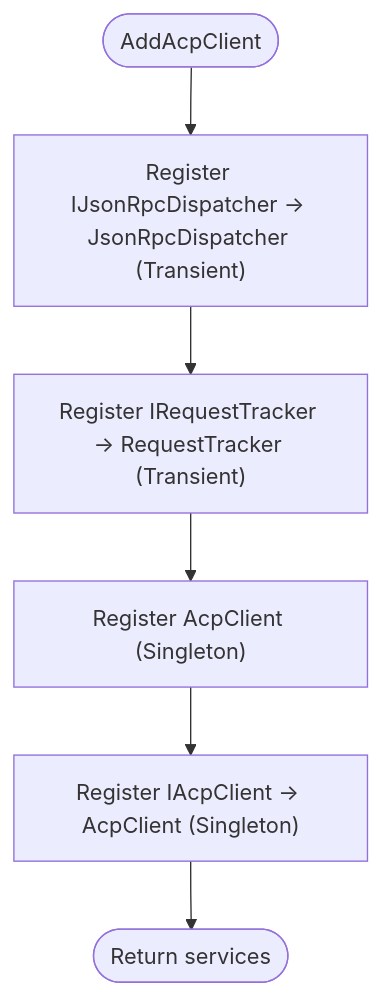
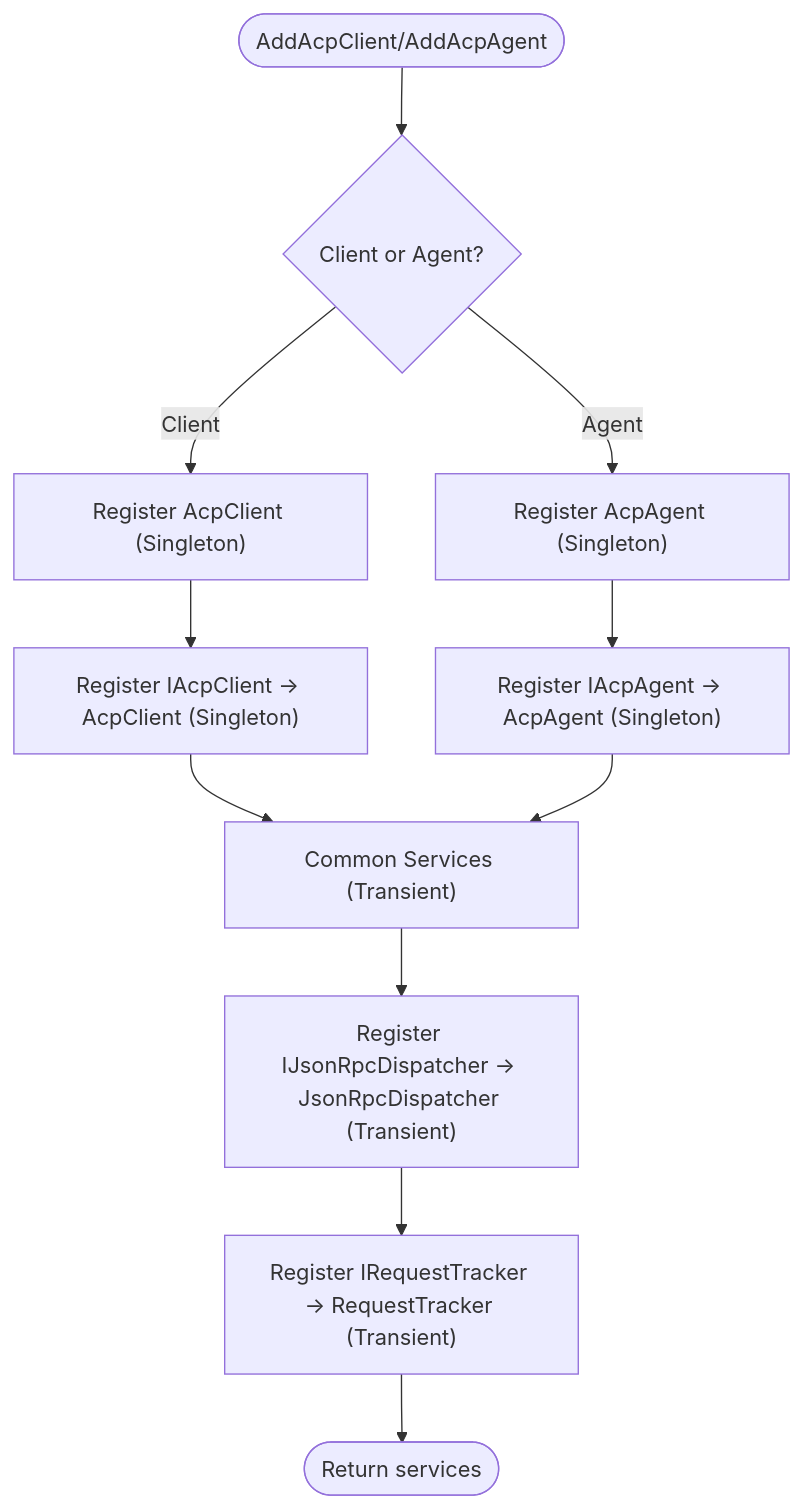
One commit to AgenticDesktop/ACPLibrary changed the fifth of 11 diagrams in .qoder/repowiki/en/content/Configuration and Setup.md. Above: the diagram before and after it, drawn with Mermaid. The commit also changed other lines of this file and 63 other files, not shown here.

````diff
--- a/.qoder/repowiki/en/content/Configuration and Setup.md
+++ b/.qoder/repowiki/en/content/Configuration and Setup.md
@@ -202,8 +276,13 @@
 ```mermaid
 flowchart TD
-Start(["AddAcpClient"]) --> RegDisp["Register IJsonRpcDispatcher -> JsonRpcDispatcher (Transient)"]
+Start(["AddAcpClient/AddAcpAgent"]) --> CheckType{"Client or Agent?"}
+CheckType --> |Client| RegClient["Register AcpClient (Singleton)"]
+CheckType --> |Agent| RegAgent["Register AcpAgent (Singleton)"]
+RegClient --> RegClientInterface["Register IAcpClient -> AcpClient (Singleton)"]
+RegAgent --> RegAgentInterface["Register IAcpAgent -> AcpAgent (Singleton)"]
+RegClientInterface --> Common["Common Services (Transient)"]
+RegAgentInterface --> Common
+Common --> RegDisp["Register IJsonRpcDispatcher -> JsonRpcDispatcher (Transient)"]
 RegDisp --> RegTracker["Register IRequestTracker -> RequestTracker (Transient)"]
-RegTracker --> RegClient["Register AcpClient (Singleton)"]
-RegClient --> RegInterface["Register IAcpClient -> AcpClient (Singleton)"]
-RegInterface --> End(["Return services"])
+RegTracker --> End(["Return services"])
 ```
````
